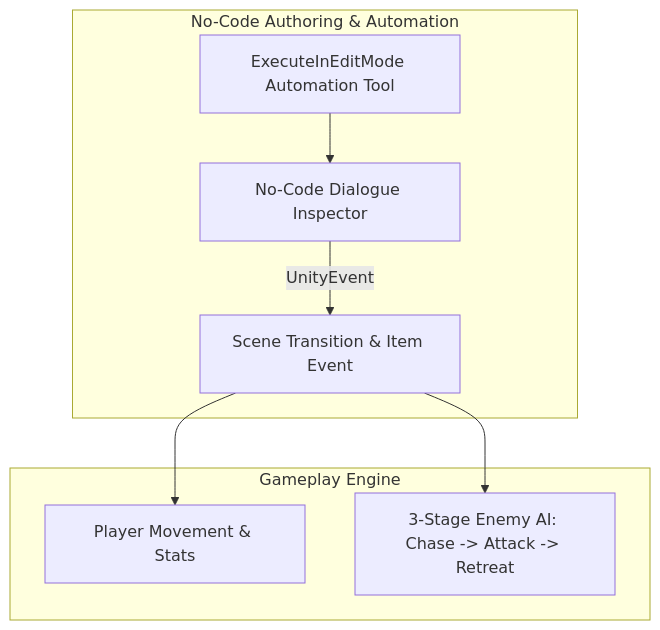
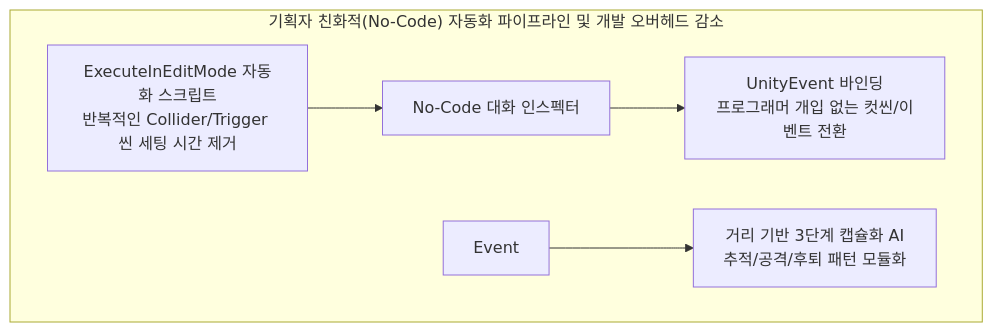
The diagram in Portfolio/Together/content.md (phal5/XSBD-WebPortfolio), drawn with Mermaid before and after one commit. The commit also changed 11 other files, not shown here.

````diff
--- a/Portfolio/Together/content.md
+++ b/Portfolio/Together/content.md
@@ -33,11 +33,8 @@
 ```mermaid
 graph TD
-    subgraph "No-Code Authoring & Automation"
-        Editor[ExecuteInEditMode Automation Tool] --> Dialogue[No-Code Dialogue Inspector]
-        Dialogue -->|UnityEvent| Event[Scene Transition & Item Event]
-    end
-    subgraph "Gameplay Engine"
-        Event --> Movement[Player Movement & Stats]
-        Event --> AI[3-Stage Enemy AI: Chase -> Attack -> Retreat]
+    subgraph "기획자 친화적(No-Code) 자동화 파이프라인 및 개발 오버헤드 감소"
+        Tool[ExecuteInEditMode 자동화 스크립트<br/>반복적인 Collider/Trigger 씬 세팅 시간 제거] --> UI[No-Code 대화 인스펙터]
+        UI --> UnityEvent[UnityEvent 바인딩<br/>프로그래머 개입 없는 컷씬/이벤트 전환]
+        Event --> AI[거리 기반 3단계 캡슐화 AI<br/>추적/공격/후퇴 패턴 모듈화]
     end
 ```
````
